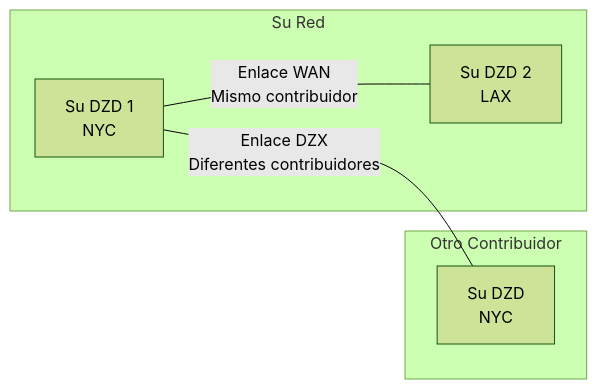
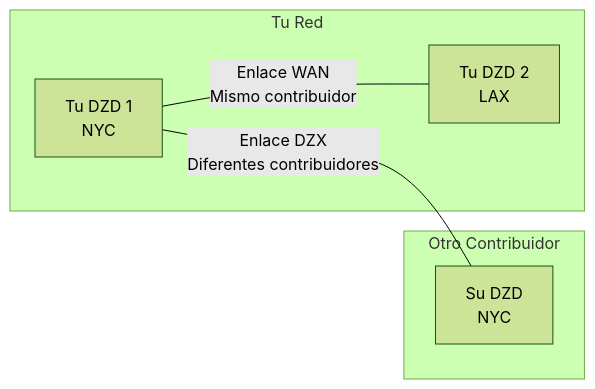
One commit to malbeclabs/docs changed diagram 11 of 13 in docs/contribute-provisioning.es.md. Above: the diagram before and after it, drawn with Mermaid (forest theme). The commit also changed other lines of this file and 160 other files, not shown here.

````diff
--- a/docs/contribute-provisioning.es.md
+++ b/docs/contribute-provisioning.es.md
@@ -578,14 +647,14 @@
 ```mermaid
 flowchart LR
-    subgraph "Su Red"
-        D1[Su DZD 1<br/>NYC]
-        D2[Su DZD 2<br/>LAX]
+    subgraph "Tu Red"
+        D1[Tu DZD 1<br/>NYC]
+        D2[Tu DZD 2<br/>LAX]
     end
 
     subgraph "Otro Contribuidor"
         O1[Su DZD<br/>NYC]
     end
 
     D1 ---|Enlace WAN<br/>Mismo contribuidor| D2
     D1 ---|Enlace DZX<br/>Diferentes contribuidores| O1
 ```
````
